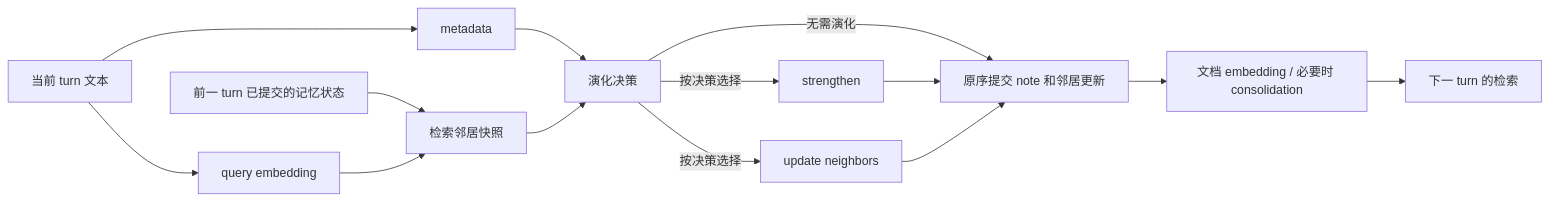
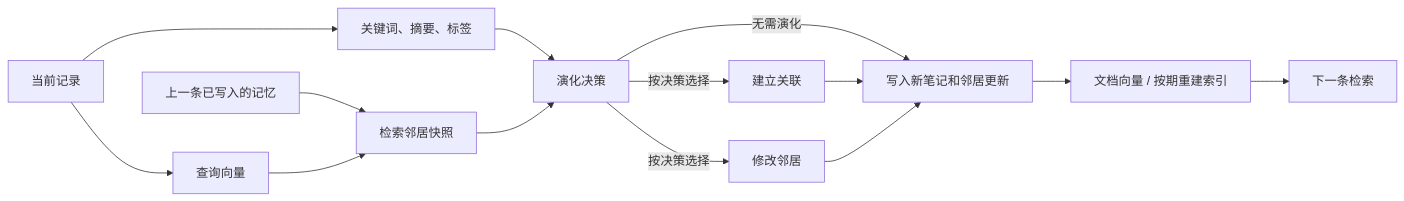
One commit to Ivan14441111/A-Mem-Fast changed the diagram in docs/deep_analysis.md. Above: the diagram before and after it, drawn with Mermaid. The commit also changed other lines of this file and 14 other files, not shown here.

````diff
--- a/docs/deep_analysis.md
+++ b/docs/deep_analysis.md
@@ -41,16 +42,16 @@
 ```mermaid
 flowchart LR
-    C[当前 turn 文本] --> M[metadata]
-    C --> Q[query embedding]
-    P[前一 turn 已提交的记忆状态] --> R[检索邻居快照]
+    C[当前记录] --> M[关键词、摘要、标签]
+    C --> Q[查询向量]
+    P[上一条已写入的记忆] --> R[检索邻居快照]
     Q --> R
     M --> D[演化决策]
     R --> D
-    D -->|按决策选择| S[strengthen]
-    D -->|按决策选择| U[update neighbors]
-    D -->|无需演化| W[原序提交 note 和邻居更新]
+    D -->|按决策选择| S[建立关联]
+    D -->|按决策选择| U[修改邻居]
+    D -->|无需演化| W[写入新笔记和邻居更新]
     S --> W
     U --> W
-    W --> E[文档 embedding / 必要时 consolidation]
-    E --> N[下一 turn 的检索]
+    W --> E[文档向量 / 按期重建索引]
+    E --> N[下一条检索]
 ```
````
